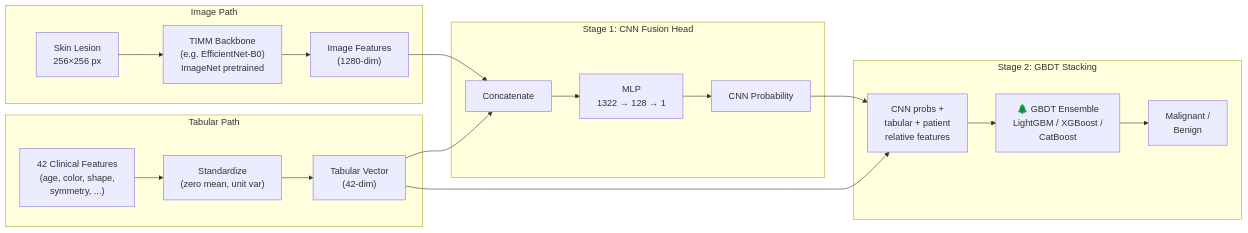
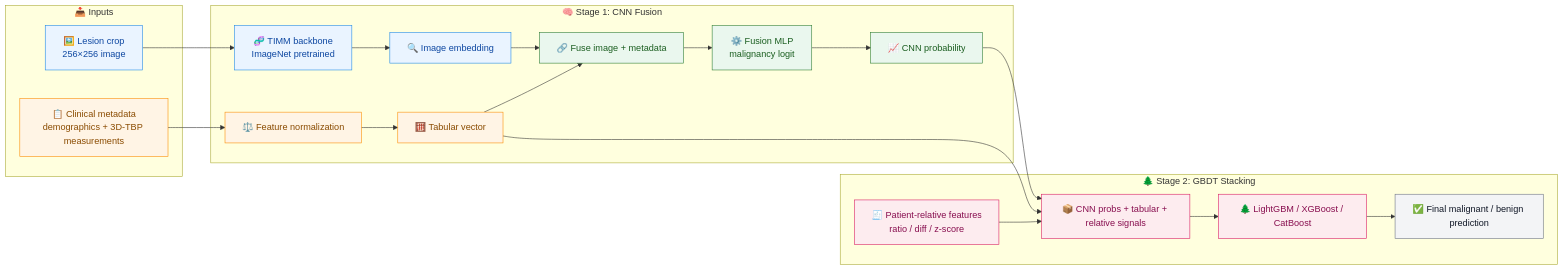
The diagram in README.md (RudraShivm/Skin-Cancer-Detection), drawn with Mermaid before and after one commit. The commit also changed other lines of this file and 4 other files, not shown here.

````diff
--- a/README.md
+++ b/README.md
@@ -55,27 +77,37 @@
 ```mermaid
 flowchart LR
-    subgraph Image["Image Path"]
-        IMG["Skin Lesion<br/>256×256 px"] --> BACKBONE["TIMM Backbone<br/>(e.g. EfficientNet-B0)<br/>ImageNet pretrained"]
-        BACKBONE --> FEAT["Image Features<br/>(1280-dim)"]
+    classDef image fill:#EAF4FF,stroke:#1E88E5,color:#0D47A1,stroke-width:1px;
+    classDef tab fill:#FFF4E5,stroke:#FB8C00,color:#8A4B00,stroke-width:1px;
+    classDef fusion fill:#EAF7EE,stroke:#2E7D32,color:#1B5E20,stroke-width:1px;
+    classDef stack fill:#FDECEF,stroke:#D81B60,color:#880E4F,stroke-width:1px;
+    classDef out fill:#F3F4F6,stroke:#6B7280,color:#111827,stroke-width:1px;
+
+    subgraph INPUT["📥 Inputs"]
+        IMG["🖼️ Lesion crop<br/>256×256 image"]:::image
+        META["📋 Clinical metadata<br/>demographics + 3D-TBP measurements"]:::tab
     end
 
-    subgraph Tabular["Tabular Path"]
-        TAB["42 Clinical Features<br/>(age, color, shape,<br/>symmetry, ...)"] --> NORM["Standardize<br/>(zero mean, unit var)"]
-        NORM --> TVEC["Tabular Vector<br/>(42-dim)"]
+    subgraph STAGE1["🧠 Stage 1: CNN Fusion"]
+        BACKBONE["🧬 TIMM backbone<br/>ImageNet pretrained"]:::image
+        IMGFEAT["🔍 Image embedding"]:::image
+        NORM["⚖️ Feature normalization"]:::tab
+        TABFEAT["🧮 Tabular vector"]:::tab
+        CONCAT["🔗 Fuse image + metadata"]:::fusion
+        MLP["⚙️ Fusion MLP<br/>malignancy logit"]:::fusion
+        CNNPROB["📈 CNN probability"]:::fusion
     end
 
-    subgraph Fusion["Stage 1: CNN Fusion Head"]
-        CONCAT["Concatenate"] --> MLP["MLP<br/>1322 → 128 → 1"]
-        MLP --> CNN_PROB["CNN Probability"]
+    subgraph STAGE2["🌲 Stage 2: GBDT Stacking"]
+        REL["🧾 Patient-relative features<br/>ratio / diff / z-score"]:::stack
+        STACKIN["📦 CNN probs + tabular + relative signals"]:::stack
+        GBDT["🌲 LightGBM / XGBoost / CatBoost"]:::stack
+        FINAL["✅ Final malignant / benign prediction"]:::out
     end
 
-    subgraph GBDT["Stage 2: GBDT Stacking"]
-        GBDT_IN["CNN probs +<br/>tabular + patient<br/>relative features"] --> GBDT_ENS["🌲 GBDT Ensemble<br/>LightGBM / XGBoost /<br/>CatBoost"]
-        GBDT_ENS --> PRED["Malignant /<br/>Benign"]
-    end
-
-    FEAT --> CONCAT
-    TVEC --> CONCAT
-    CNN_PROB --> GBDT_IN
-    TVEC --> GBDT_IN
+    IMG --> BACKBONE --> IMGFEAT --> CONCAT
+    META --> NORM --> TABFEAT --> CONCAT
+    CONCAT --> MLP --> CNNPROB --> STACKIN
+    TABFEAT --> STACKIN
+    REL --> STACKIN
+    STACKIN --> GBDT --> FINAL
 ```
````
